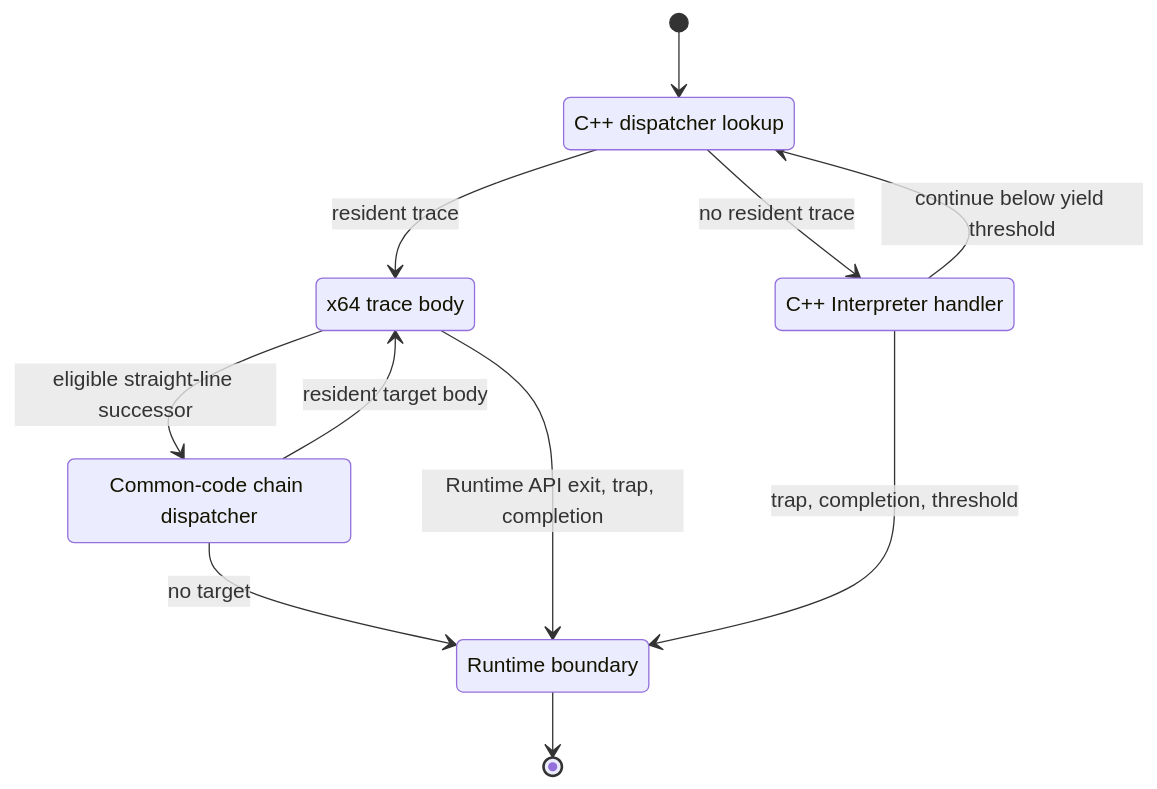
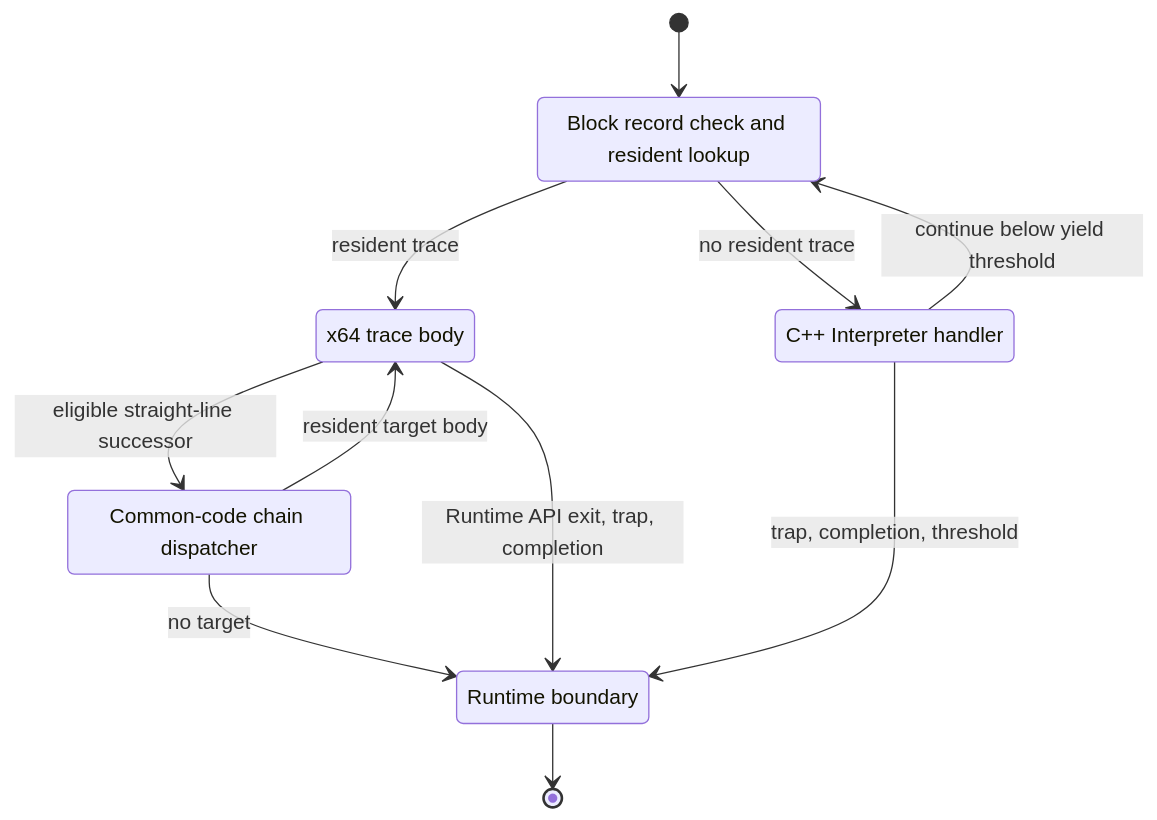
The third of 4 diagrams in docs/components/tier3_plugins/jit_compiler.md (kmt-t/fireball), drawn with Mermaid before and after one commit. The commit also changed other lines of this file and 3 other files, not shown here.

First line of the commit message:
docs(jit): state the record-based lookup and observe conditions

````diff
--- a/docs/components/tier3_plugins/jit_compiler.md
+++ b/docs/components/tier3_plugins/jit_compiler.md
@@ -298,19 +298,19 @@
 ```mermaid
 stateDiagram-v2
-    state "C++ dispatcher lookup" as Lookup
+    state "Block record check and resident lookup" as Lookup
     state "x64 trace body" as Trace
     state "C++ Interpreter handler" as Handler
     state "Common-code chain dispatcher" as Chain
     state "Runtime boundary" as Boundary
 
     [*] --> Lookup
     Lookup --> Trace: resident trace
     Lookup --> Handler: no resident trace
     Trace --> Chain: eligible straight-line successor
     Chain --> Trace: resident target body
     Chain --> Boundary: no target
     Trace --> Boundary: Runtime API exit, trap, completion
     Handler --> Lookup: continue below yield threshold
     Handler --> Boundary: trap, completion, threshold
     Boundary --> [*]
 ```
````
